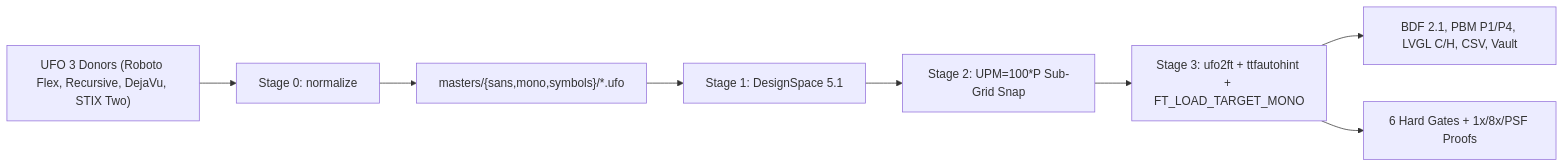
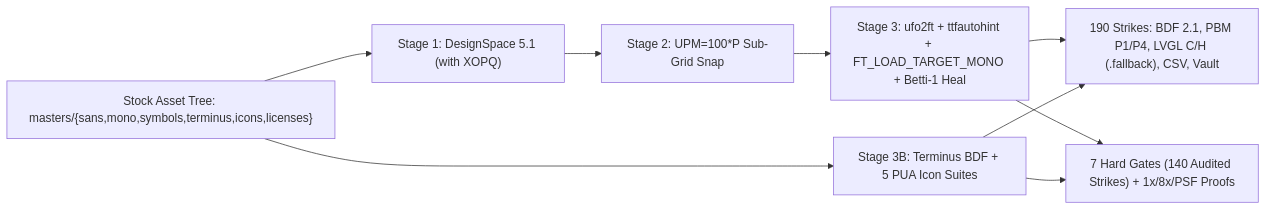
One commit to Humidyne-Labs/epd-font changed the diagram in README.md. Above: the diagram before and after it, drawn with Mermaid. The commit also changed other lines of this file and 12586 other files, not shown here.

Commit message:
feat(v2.1): XOPQ stem floor, Betti-1 pinhole healing, Terminus, 5 PUA icon suites, stock masters tree, and BDF/PBM inspector

````diff
--- a/README.md
+++ b/README.md
@@ -9,10 +9,11 @@
 ```mermaid
 graph LR;
-    Donors["UFO 3 Donors (Roboto Flex, Recursive, DejaVu, STIX Two)"] --> Norm["Stage 0: normalize"];
-    Norm --> Masters["masters/{sans,mono,symbols}/*.ufo"];
-    Masters --> DS["Stage 1: DesignSpace 5.1"];
+    Masters["Stock Asset Tree: masters/{sans,mono,symbols,terminus,icons,licenses}"] --> DS["Stage 1: DesignSpace 5.1 (with XOPQ)"];
     DS --> Snap["Stage 2: UPM=100*P Sub-Grid Snap"];
-    Snap --> Hint["Stage 3: ufo2ft + ttfautohint + FT_LOAD_TARGET_MONO"];
-    Hint --> Out["BDF 2.1, PBM P1/P4, LVGL C/H, CSV, Vault"];
-    Hint --> Gates["6 Hard Gates + 1x/8x/PSF Proofs"];
+    Snap --> Hint["Stage 3: ufo2ft + ttfautohint + FT_LOAD_TARGET_MONO + Betti-1 Heal"];
+    Masters --> TermIcons["Stage 3B: Terminus BDF + 5 PUA Icon Suites"];
+    Hint --> Out["190 Strikes: BDF 2.1, PBM P1/P4, LVGL C/H (.fallback), CSV, Vault"];
+    TermIcons --> Out;
+    Hint --> Gates["7 Hard Gates (140 Audited Strikes) + 1x/8x/PSF Proofs"];
+    TermIcons --> Gates;
 ```
````
